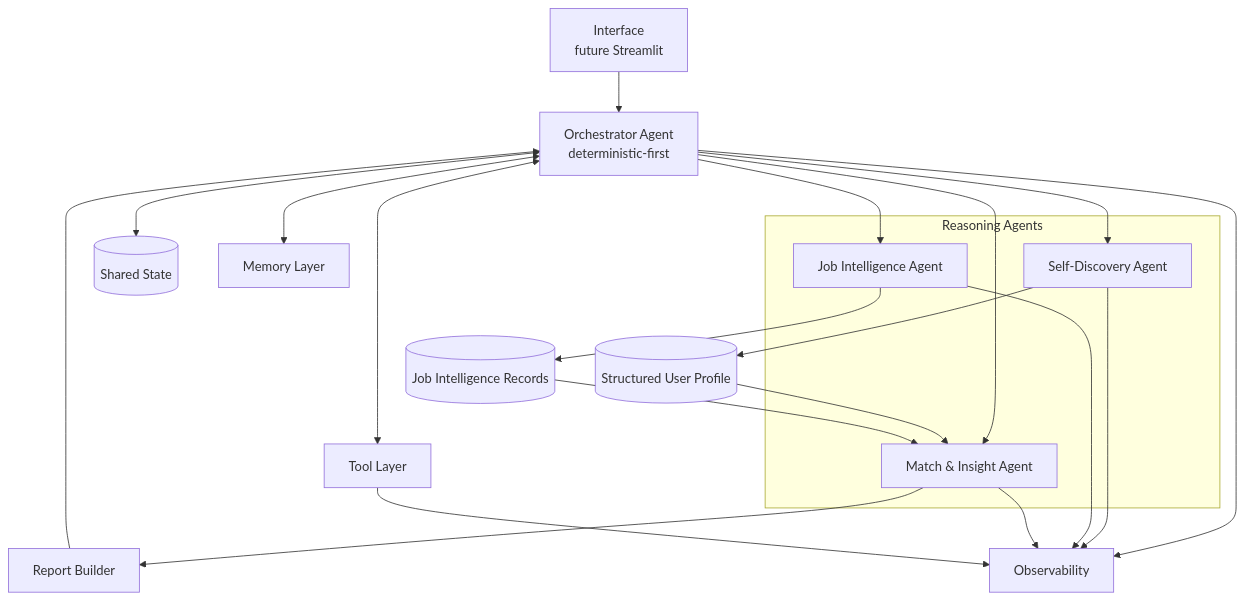
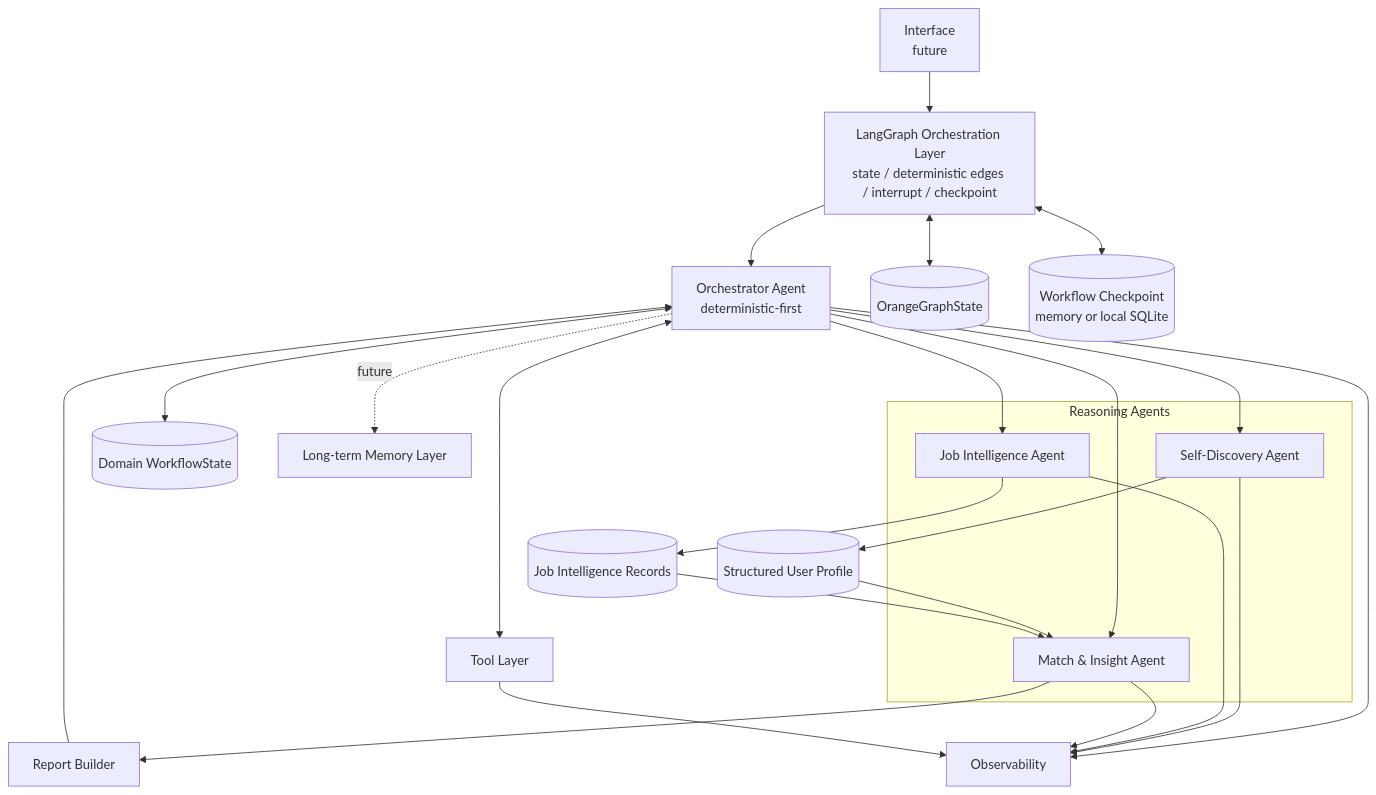
Before and after one commit to wangzch337-max/orange-career-agent: the first of 10 diagrams in ARCHITECTURE.md, drawn with Mermaid. The commit also changed other lines of this file and 21 other files, not shown here.

````diff
--- a/ARCHITECTURE.md
+++ b/ARCHITECTURE.md
@@ -11,29 +11,32 @@
 ```mermaid
 flowchart TB
-    UI[Interface<br/>future Streamlit] --> O[Orchestrator Agent<br/>deterministic-first]
+    UI[Interface<br/>future] --> LG[LangGraph Orchestration Layer<br/>state / deterministic edges / interrupt / checkpoint]
+    LG --> O[Orchestrator Agent<br/>deterministic-first]
 
     subgraph Reasoning[Reasoning Agents]
       S[Self-Discovery Agent]
       J[Job Intelligence Agent]
       M[Match & Insight Agent]
     end
 
     O --> S
     O --> J
     O --> M
     S --> UP[(Structured User Profile)]
     J --> JR[(Job Intelligence Records)]
     UP --> M
     JR --> M
     M --> RB[Report Builder]
     RB --> O
 
-    O <--> SS[(Shared State)]
-    O <--> ML[Memory Layer]
+    LG <--> GS[(OrangeGraphState)]
+    LG <--> CP[(Workflow Checkpoint<br/>memory or local SQLite)]
+    O <--> SS[(Domain WorkflowState)]
+    O -. future .-> ML[Long-term Memory Layer]
     O <--> TL[Tool Layer]
     O --> OB[Observability]
     S --> OB
     J --> OB
     M --> OB
     TL --> OB
 ```
````
